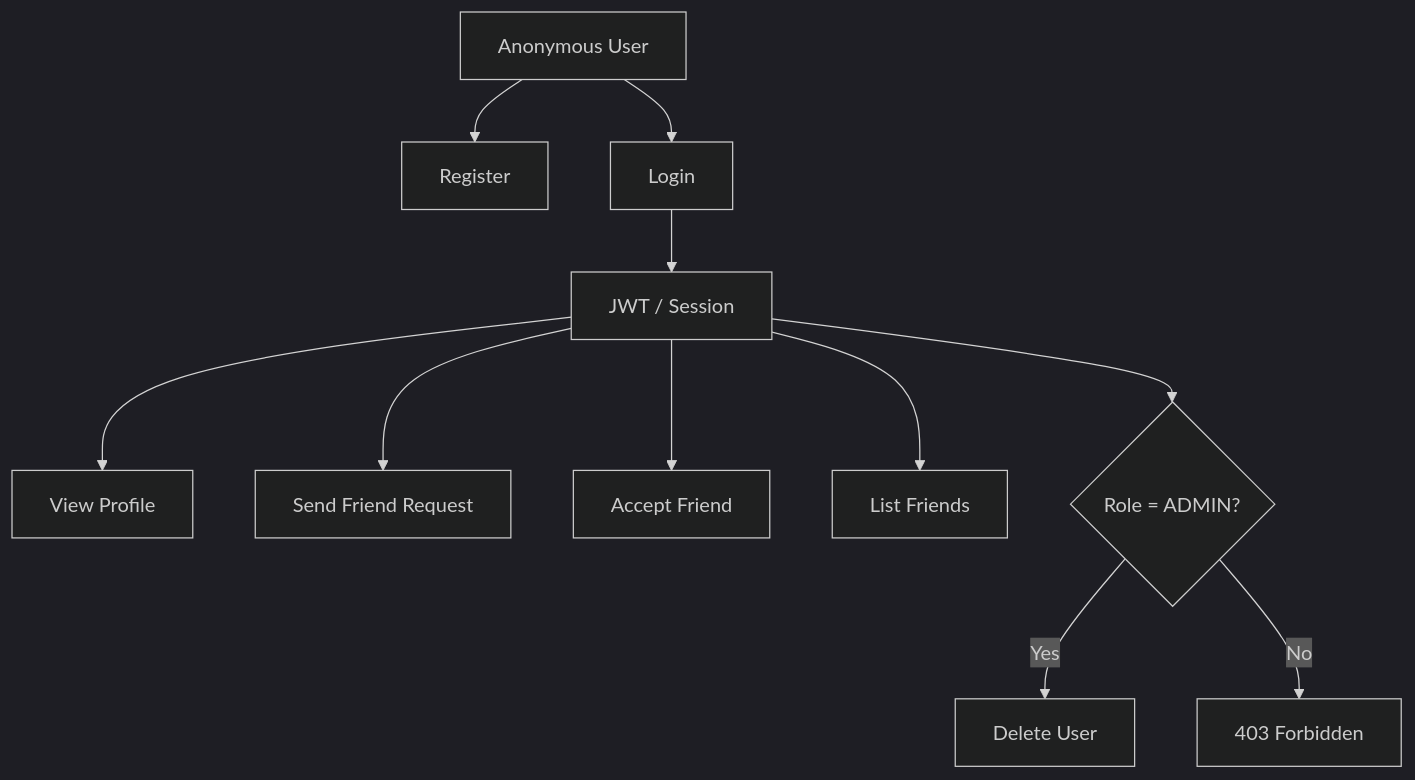
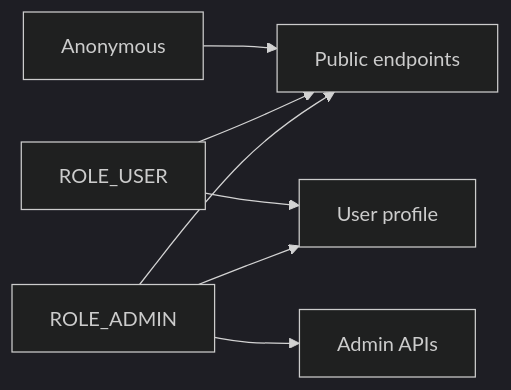
One commit to mthaiseer/springcloud-systemdesign-notes changed the fourth of 19 diagrams in HLD_NOTES/003_TECHNOLOGY_DEEP_DIVE/spring_boot_auth_authz_visual_reference.md. Above: the diagram before and after it, drawn with Mermaid (dark theme). The commit also changed other lines of this file and 19 other files, not shown here.

````diff
--- a/HLD_NOTES/003_TECHNOLOGY_DEEP_DIVE/spring_boot_auth_authz_visual_reference.md
+++ b/HLD_NOTES/003_TECHNOLOGY_DEEP_DIVE/spring_boot_auth_authz_visual_reference.md
@@ -105,13 +225,9 @@
 ```mermaid
-flowchart TD
-    A[Anonymous User] --> B[Register]
-    A --> C[Login]
-    C --> D[JWT / Session]
-    D --> E[View Profile]
-    D --> F[Send Friend Request]
-    D --> G[Accept Friend]
-    D --> H[List Friends]
-    D --> I{Role = ADMIN?}
-    I -->|Yes| J[Delete User]
-    I -->|No| K[403 Forbidden]
+flowchart LR
+    ANON[Anonymous] --> PUBLIC[Public endpoints]
+    USER[ROLE_USER] --> PUBLIC
+    USER --> PROFILE[User profile]
+    ADMIN[ROLE_ADMIN] --> PUBLIC
+    ADMIN --> PROFILE
+    ADMIN --> ADMIN_API[Admin APIs]
 ```
````
